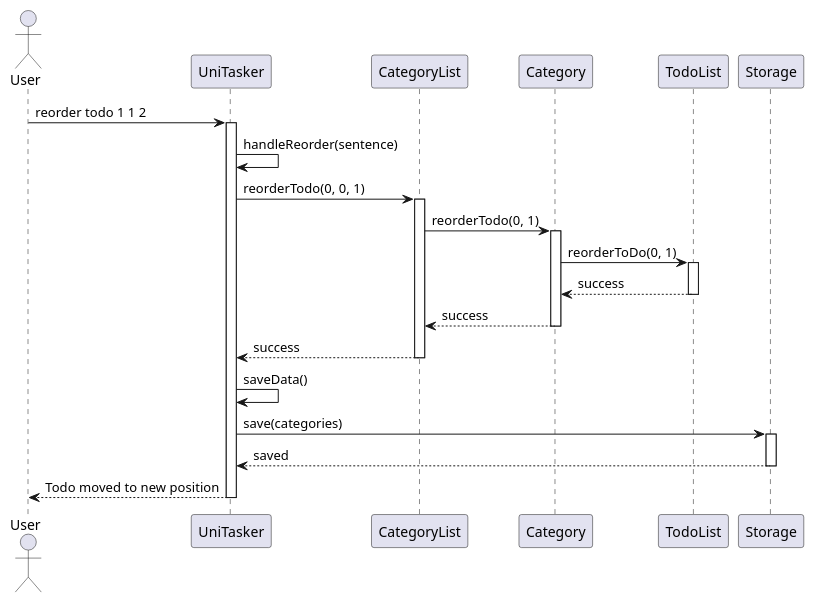
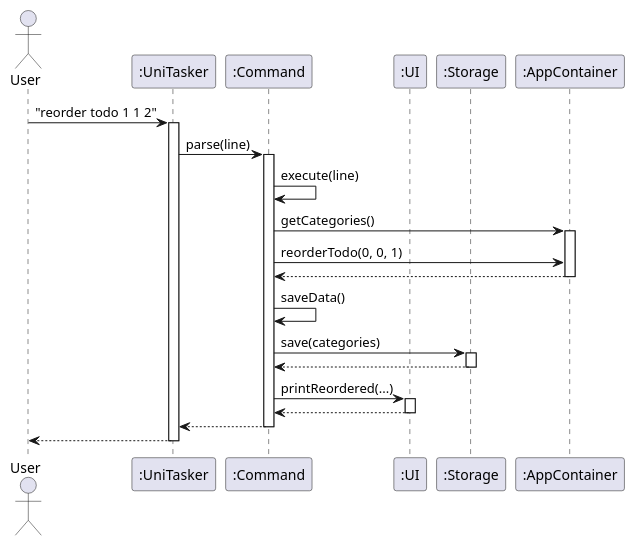
One commit to sushmiithaa/tp changed the diagram in docs/puml/ReorderTodoSequenceDiagram.puml. Above: the diagram before and after it, drawn with PlantUML. The commit also changed 3 other files, not shown here.

```diff
--- a/docs/puml/ReorderTodoSequenceDiagram.puml
+++ b/docs/puml/ReorderTodoSequenceDiagram.puml
@@ -1,39 +1,42 @@
 @startuml
+
 actor User
-participant UniTasker
-participant CategoryList
-participant Category
-participant TodoList
-participant Storage
 
-User -> UniTasker : reorder todo 1 1 2
+participant ":UniTasker" as UniTasker
+participant ":Command" as Command
+participant ":UI" as UI
+participant ":Storage" as Storage
+participant ":AppContainer" as AppContainer
+
+User -> UniTasker : "reorder todo 1 1 2"
 activate UniTasker
 
-UniTasker -> UniTasker : handleReorder(sentence)
-UniTasker -> CategoryList : reorderTodo(0, 0, 1)
-activate CategoryList
+UniTasker -> Command : parse(line)
+activate Command
 
-CategoryList -> Category : reorderTodo(0, 1)
-activate Category
+Command -> Command : execute(line)
 
-Category -> TodoList : reorderToDo(0, 1)
-activate TodoList
-TodoList --> Category : success
-deactivate TodoList
+Command -> AppContainer : getCategories()
+activate AppContainer
+Command -> AppContainer : reorderTodo(0, 0, 1)
+AppContainer --> Command :
+deactivate AppContainer
 
-Category --> CategoryList : success
-deactivate Category
-
-CategoryList --> UniTasker : success
-deactivate CategoryList
-
-UniTasker -> UniTasker : saveData()
-UniTasker -> Storage : save(categories)
+Command -> Command : saveData()
+Command -> Storage : save(categories)
 activate Storage
-Storage --> UniTasker : saved
+Storage --> Command :
 deactivate Storage
 
-UniTasker --> User : Todo moved to new position
+Command -> UI : printReordered(...)
+activate UI
+UI --> Command
+deactivate UI
+
+Command --> UniTasker :
+deactivate Command
+
+UniTasker --> User :
 deactivate UniTasker
 
 @enduml
```
